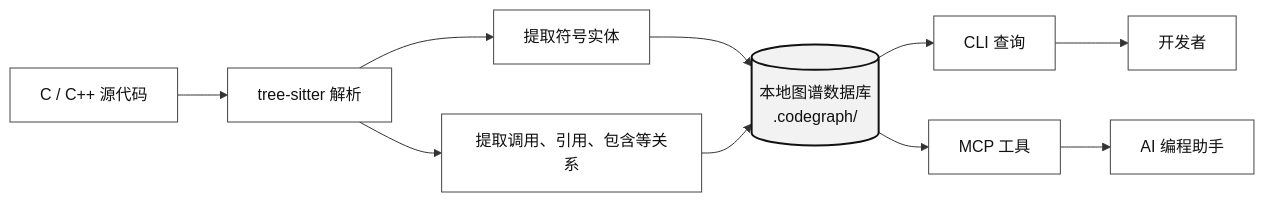
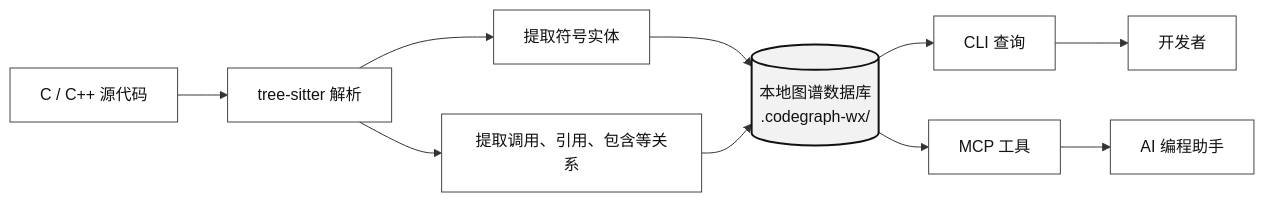
Before and after one commit to chenmr0/codeg: the third of 7 diagrams in README.md, drawn with Mermaid. The commit also changed other lines of this file and 81 other files, not shown here.

````diff
--- a/README.md
+++ b/README.md
@@ -65,16 +67,16 @@
 ```mermaid
 flowchart LR
     S["C / C++ 源代码"] --> P["tree-sitter 解析"]
     P --> E["提取符号实体"]
     P --> R["提取调用、引用、包含等关系"]
-    E --> DB[("本地图谱数据库\n.codegraph/")]
+    E --> DB[("本地图谱数据库\n.codegraph-wx/")]
     R --> DB
     DB --> CLI["CLI 查询"]
     DB --> MCP["MCP 工具"]
     MCP --> AI["AI 编程助手"]
     CLI --> U["开发者"]
 
     classDef default fill:#ffffff,stroke:#444,color:#111;
     classDef store fill:#f2f2f2,stroke:#111,stroke-width:2px,color:#111;
     class DB store;
 ```
````
